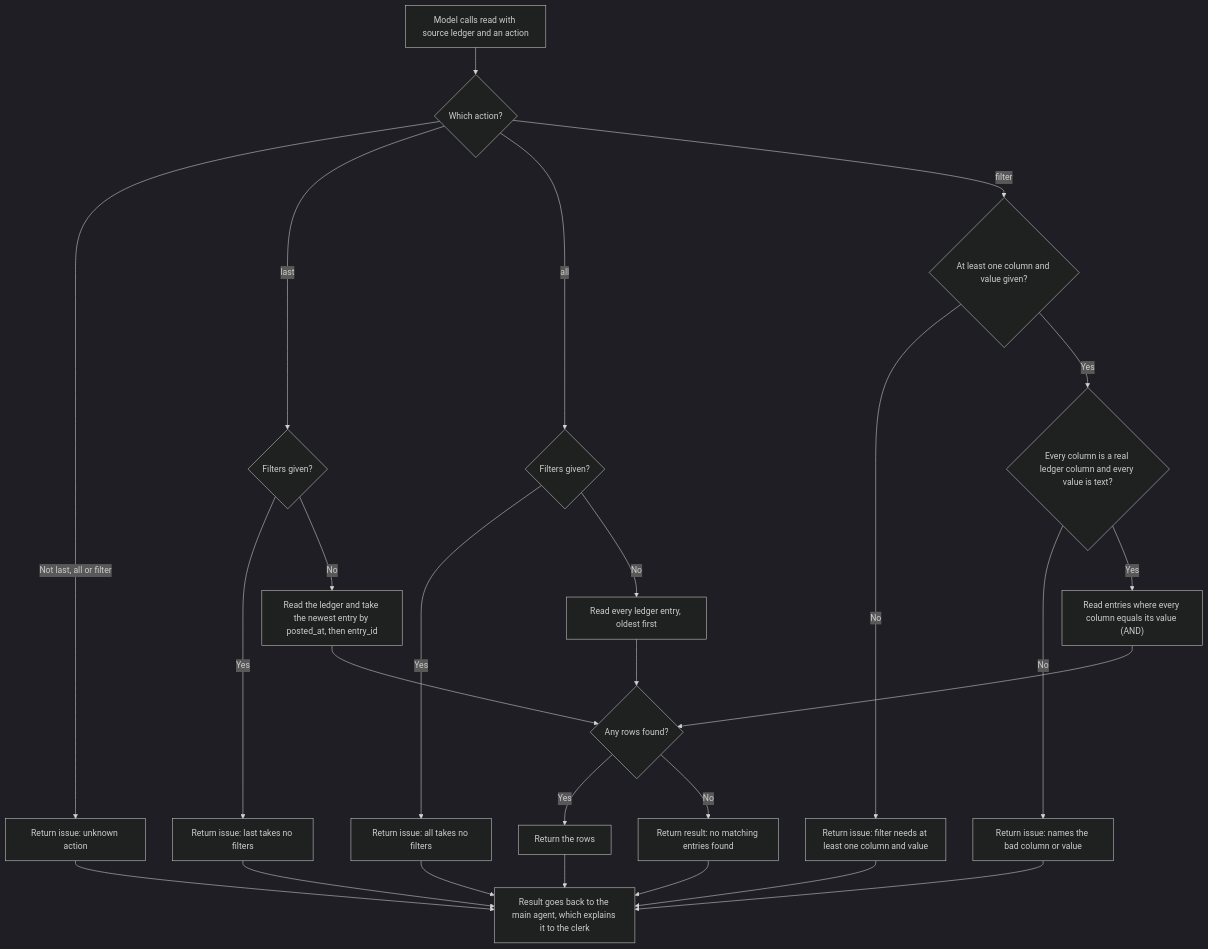
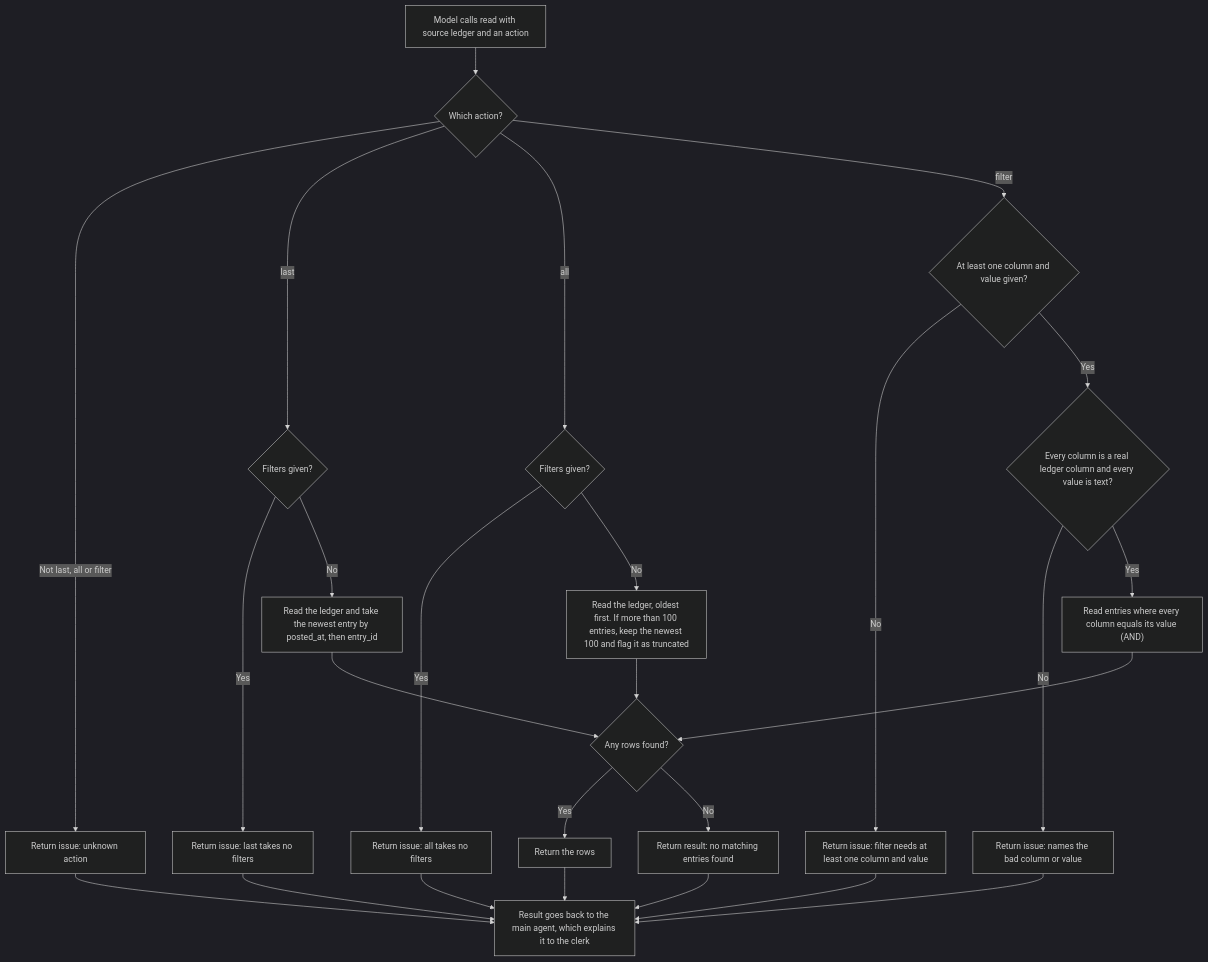
One commit to dixitbuild/fourX changed the fifth of 5 diagrams in FourX_Agent_Implementation_Plan.md. Above: the diagram before and after it, drawn with Mermaid (dark theme). The commit also changed other lines of this file and 6 other files, not shown here.

````diff
--- a/FourX_Agent_Implementation_Plan.md
+++ b/FourX_Agent_Implementation_Plan.md
@@ -246,33 +222,33 @@
 ```mermaid
 flowchart TD
     Call["Model calls read with source ledger and an action"] --> A{"Which action?"}
     A -->|"Not last, all or filter"| R0["Return issue: unknown action"]
 
     A -->|last| L1{"Filters given?"}
     L1 -->|Yes| R1["Return issue: last takes no filters"]
     L1 -->|No| L2["Read the ledger and take the newest entry by posted_at, then entry_id"]
 
     A -->|all| M1{"Filters given?"}
     M1 -->|Yes| R2["Return issue: all takes no filters"]
-    M1 -->|No| M2["Read every ledger entry, oldest first"]
+    M1 -->|No| M2["Read the ledger, oldest first. If more than 100 entries, keep the newest 100 and flag it as truncated"]
 
     A -->|filter| F1{"At least one column and value given?"}
     F1 -->|No| R3["Return issue: filter needs at least one column and value"]
     F1 -->|Yes| F2{"Every column is a real ledger column and every value is text?"}
     F2 -->|No| R4["Return issue: names the bad column or value"]
     F2 -->|Yes| F3["Read entries where every column equals its value (AND)"]
 
     L2 --> Found
     M2 --> Found
     F3 --> Found{"Any rows found?"}
     Found -->|Yes| OK["Return the rows"]
     Found -->|No| None["Return result: no matching entries found"]
 
     R0 --> Back
     R1 --> Back
     R2 --> Back
     R3 --> Back
     R4 --> Back
     OK --> Back
     None --> Back["Result goes back to the main agent, which explains it to the clerk"]
 ```
````
